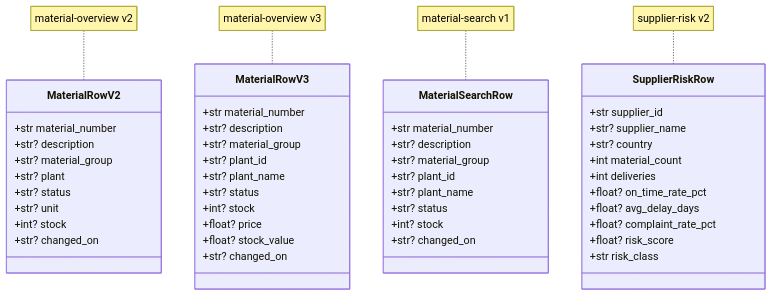
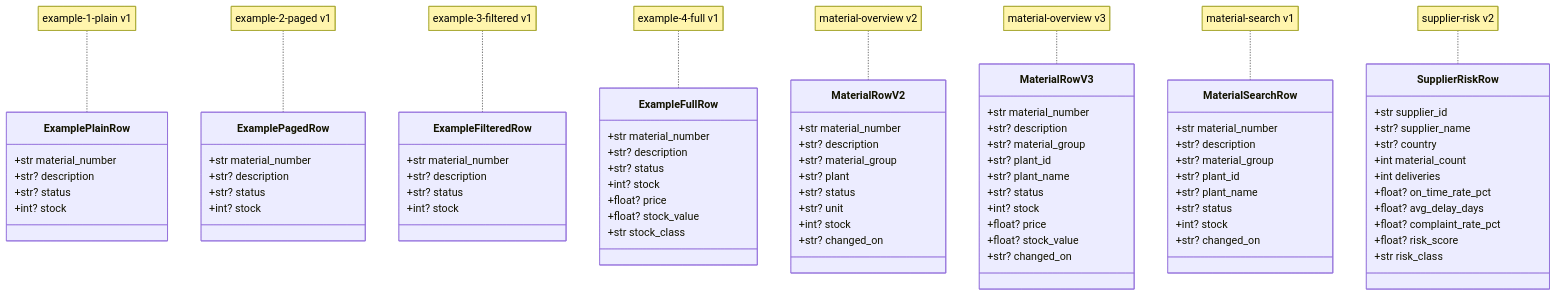
Before and after one commit to PlongoDongo/material_management_dashboard: the third of 3 diagrams in docs/architecture.md, drawn with Mermaid. The commit also changed other lines of this file and 8 other files, not shown here.

````diff
--- a/docs/architecture.md
+++ b/docs/architecture.md
@@ -89,51 +121,82 @@
 ```mermaid
 classDiagram
+  class ExamplePlainRow {
+    +str material_number
+    +str? description
+    +str? status
+    +int? stock
+  }
+  note for ExamplePlainRow "example-1-plain v1"
+  class ExamplePagedRow {
+    +str material_number
+    +str? description
+    +str? status
+    +int? stock
+  }
+  note for ExamplePagedRow "example-2-paged v1"
+  class ExampleFilteredRow {
+    +str material_number
+    +str? description
+    +str? status
+    +int? stock
+  }
+  note for ExampleFilteredRow "example-3-filtered v1"
+  class ExampleFullRow {
+    +str material_number
+    +str? description
+    +str? status
+    +int? stock
+    +float? price
+    +float? stock_value
+    +str stock_class
+  }
+  note for ExampleFullRow "example-4-full v1"
   class MaterialRowV2 {
     +str material_number
     +str? description
     +str? material_group
     +str? plant
     +str? status
     +str? unit
     +int? stock
     +str? changed_on
   }
   note for MaterialRowV2 "material-overview v2"
   class MaterialRowV3 {
     +str material_number
     +str? description
     +str? material_group
     +str? plant_id
     +str? plant_name
     +str? status
     +int? stock
     +float? price
     +float? stock_value
     +str? changed_on
   }
   note for MaterialRowV3 "material-overview v3"
   class MaterialSearchRow {
     +str material_number
     +str? description
     +str? material_group
     +str? plant_id
     +str? plant_name
     +str? status
     +int? stock
     +str? changed_on
   }
   note for MaterialSearchRow "material-search v1"
   class SupplierRiskRow {
     +str supplier_id
     +str? supplier_name
     +str? country
     +int material_count
     +int deliveries
     +float? on_time_rate_pct
     +float? avg_delay_days
     +float? complaint_rate_pct
     +float? risk_score
     +str risk_class
   }
   note for SupplierRiskRow "supplier-risk v2"
 ```
````
